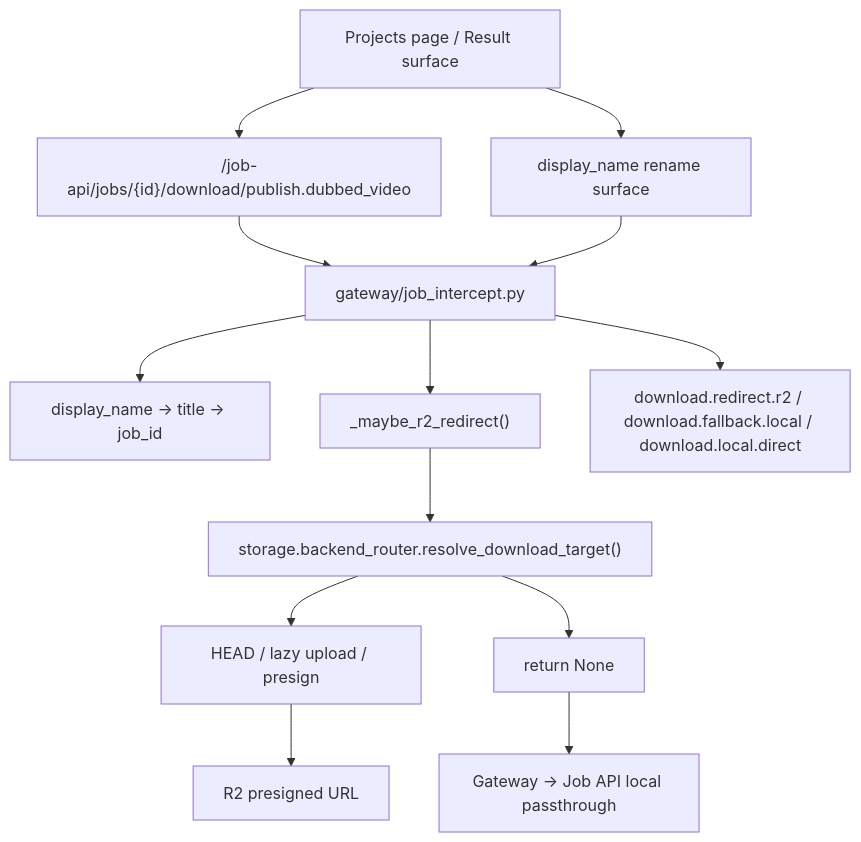
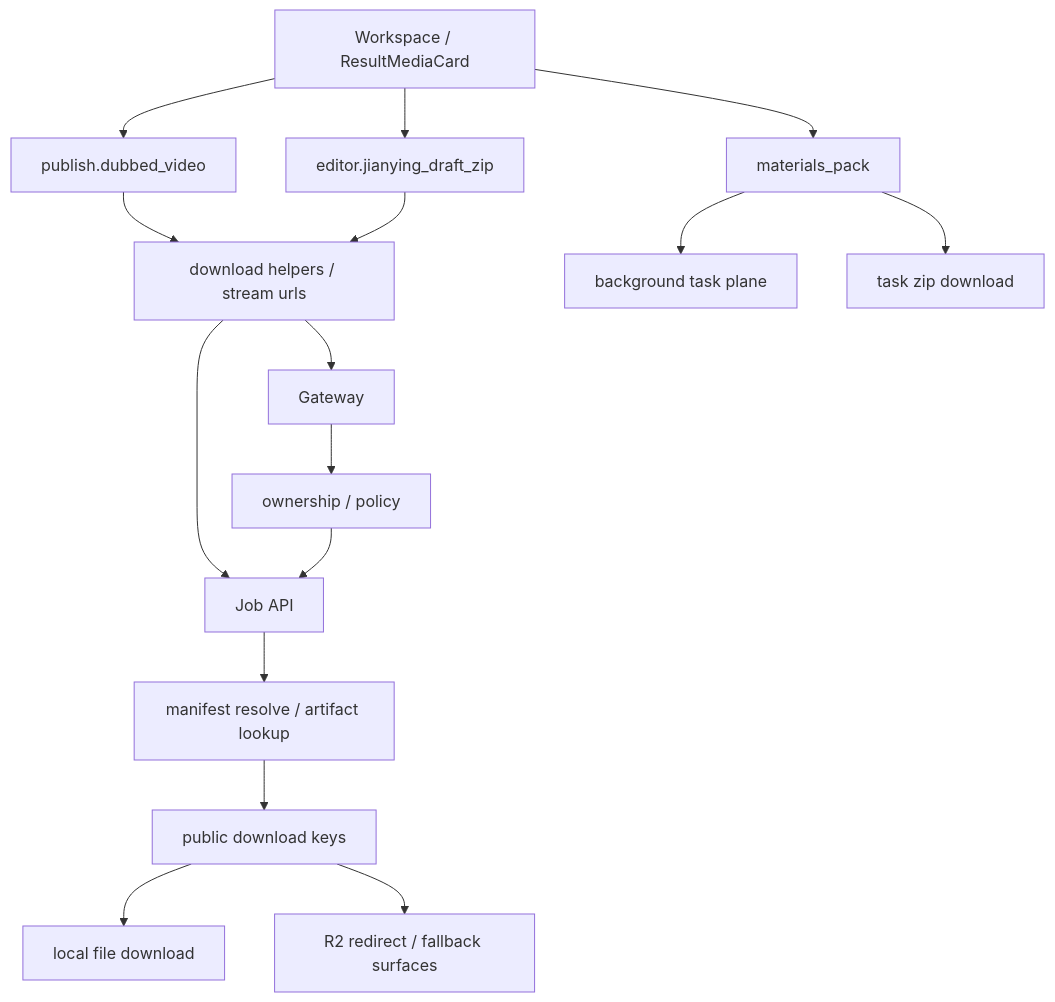
The diagram in docs/graphs/GITNEXUS_STORAGE_DELIVERY_R2_GRAPH.md (sun9bear/AITransVideo), drawn with Mermaid before and after one commit. The commit also changed other lines of this file and 7 other files, not shown here.

Commit message:
docs(graphs): refresh GitNexus graphs to 83f4ddd

````diff
--- a/docs/graphs/GITNEXUS_STORAGE_DELIVERY_R2_GRAPH.md
+++ b/docs/graphs/GITNEXUS_STORAGE_DELIVERY_R2_GRAPH.md
@@ -17,18 +16,23 @@
 ```mermaid
 graph TD
-    Projects["Projects page / Result surface"] --> DownloadUI["/job-api/jobs/{id}/download/publish.dubbed_video"]
-    DownloadUI --> Gateway["gateway/job_intercept.py"]
+    ResultUI["Workspace / ResultMediaCard"] --> Video["publish.dubbed_video"]
+    ResultUI --> Pack["materials_pack"]
+    ResultUI --> JDraft["editor.jianying_draft_zip"]
 
-    Gateway --> FileName["display_name -> title -> job_id"]
-    Gateway --> Decide["_maybe_r2_redirect()"]
-    Decide --> Router["storage.backend_router.resolve_download_target()"]
+    Video --> FrontDownloads["download helpers / stream urls"]
+    Pack --> TaskPlane["background task plane"]
+    JDraft --> FrontDownloads
 
-    Router --> R2Path["HEAD / lazy upload / presign"]
-    Router --> LocalPath["return None"]
-    R2Path --> R2["R2 presigned URL"]
-    LocalPath --> JobAPI["Gateway -> Job API local passthrough"]
+    FrontDownloads --> Gateway["Gateway"]
+    FrontDownloads --> JobApi["Job API"]
 
-    Gateway --> Events["download.redirect.r2 / download.fallback.local / download.local.direct"]
-    Projects --> Rename["display_name rename surface"]
-    Rename --> Gateway
+    Gateway --> Proxy["ownership / policy"]
+    Proxy --> JobApi
+
+    JobApi --> Manifest["manifest resolve / artifact lookup"]
+    Manifest --> PublicKeys["public download keys"]
+    PublicKeys --> Local["local file download"]
+    PublicKeys --> R2["R2 redirect / fallback surfaces"]
+
+    Pack --> TaskDownload["task zip download"]
 ```
````
